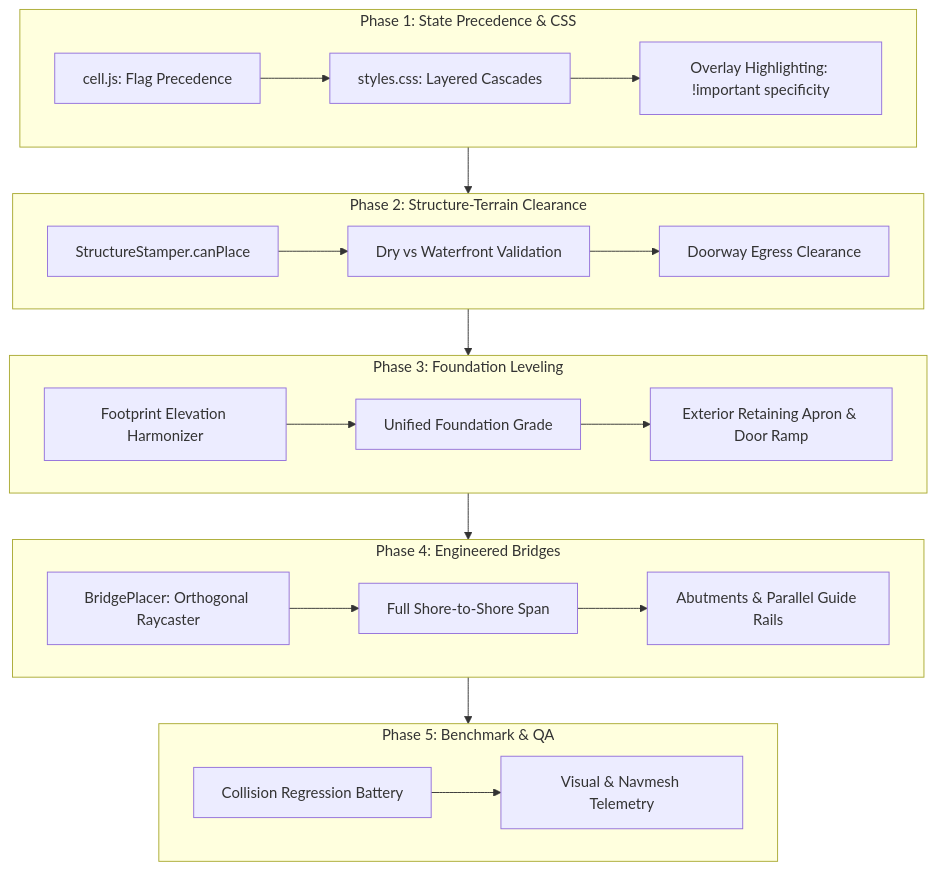
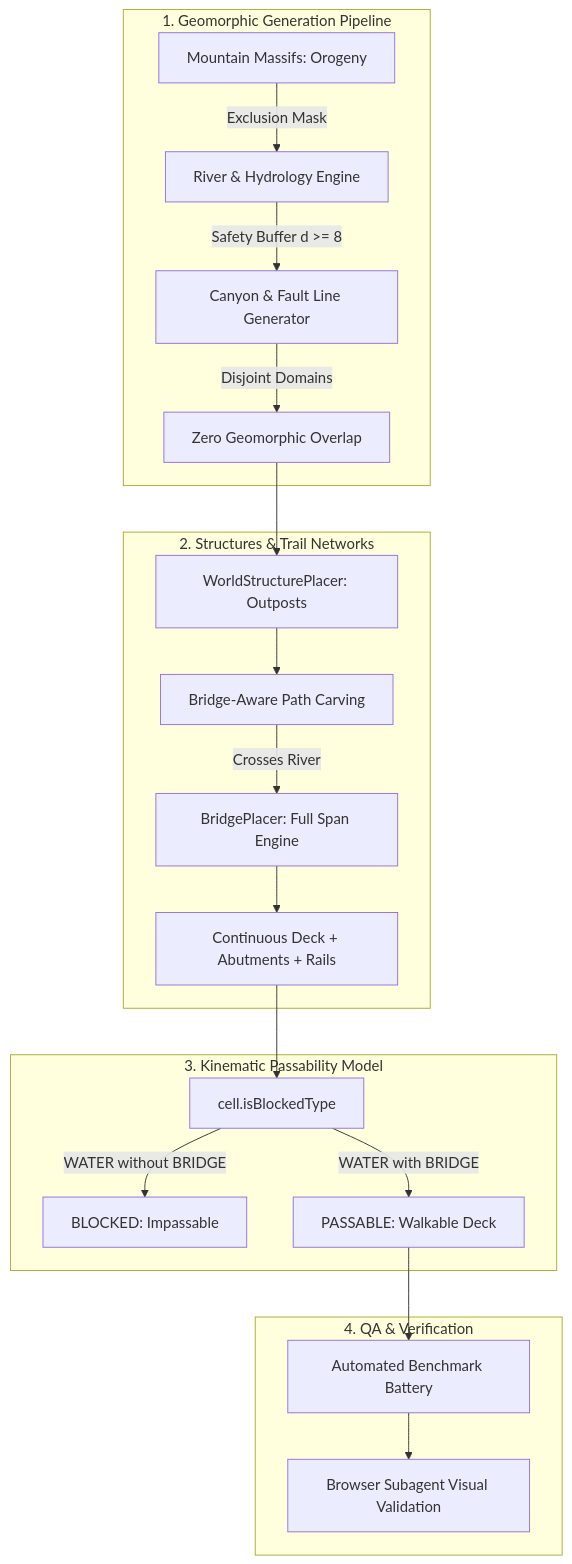
The diagram in roadmap.md (p-madin/Browser-Sandbox), drawn with Mermaid before and after one commit. The commit also changed other lines of this file and 9 other files, not shown here.

````diff
--- a/roadmap.md
+++ b/roadmap.md
@@ -189,28 +168,26 @@
 ```mermaid
 flowchart TD
-    subgraph Phase1 [Phase 1: State Precedence & CSS]
-        A[cell.js: Flag Precedence] --> B[styles.css: Layered Cascades]
-        B --> C[Overlay Highlighting: !important specificity]
+    subgraph GeoPipeline [1. Geomorphic Generation Pipeline]
+        M[Mountain Massifs: Orogeny] -->|Exclusion Mask| R[River & Hydrology Engine]
+        R -->|Safety Buffer d >= 8| C[Canyon & Fault Line Generator]
+        C -->|Disjoint Domains| TerrClean[Zero Geomorphic Overlap]
     end
 
-    subgraph Phase2 [Phase 2: Structure-Terrain Clearance]
-        D[StructureStamper.canPlace] --> E[Dry vs Waterfront Validation]
-        E --> F[Doorway Egress Clearance]
+    subgraph StructPipeline [2. Structures & Trail Networks]
+        TerrClean --> WSP[WorldStructurePlacer: Outposts]
+        WSP --> PathRoute[Bridge-Aware Path Carving]
+        PathRoute -->|Crosses River| BP[BridgePlacer: Full Span Engine]
+        BP --> BridgeDeck[Continuous Deck + Abutments + Rails]
     end
 
-    subgraph Phase3 [Phase 3: Foundation Leveling]
-        G[Footprint Elevation Harmonizer] --> H[Unified Foundation Grade]
-        H --> I[Exterior Retaining Apron & Door Ramp]
+    subgraph PassabilityRules [3. Kinematic Passability Model]
+        BridgeDeck --> CellCheck[cell.isBlockedType]
+        CellCheck -->|WATER without BRIDGE| Blocked[BLOCKED: Impassable]
+        CellCheck -->|WATER with BRIDGE| Walkable[PASSABLE: Walkable Deck]
     end
 
-    subgraph Phase4 [Phase 4: Engineered Bridges]
-        J[BridgePlacer: Orthogonal Raycaster] --> K[Full Shore-to-Shore Span]
-        K --> L[Abutments & Parallel Guide Rails]
+    subgraph QASuite [4. QA & Verification]
+        Walkable --> BM[Automated Benchmark Battery]
+        BM --> BrowserTest[Browser Subagent Visual Validation]
     end
-
-    subgraph Phase5 [Phase 5: Benchmark & QA]
-        M[Collision Regression Battery] --> N[Visual & Navmesh Telemetry]
-    end
-
-    Phase1 --> Phase2 --> Phase3 --> Phase4 --> Phase5
 ```
````
